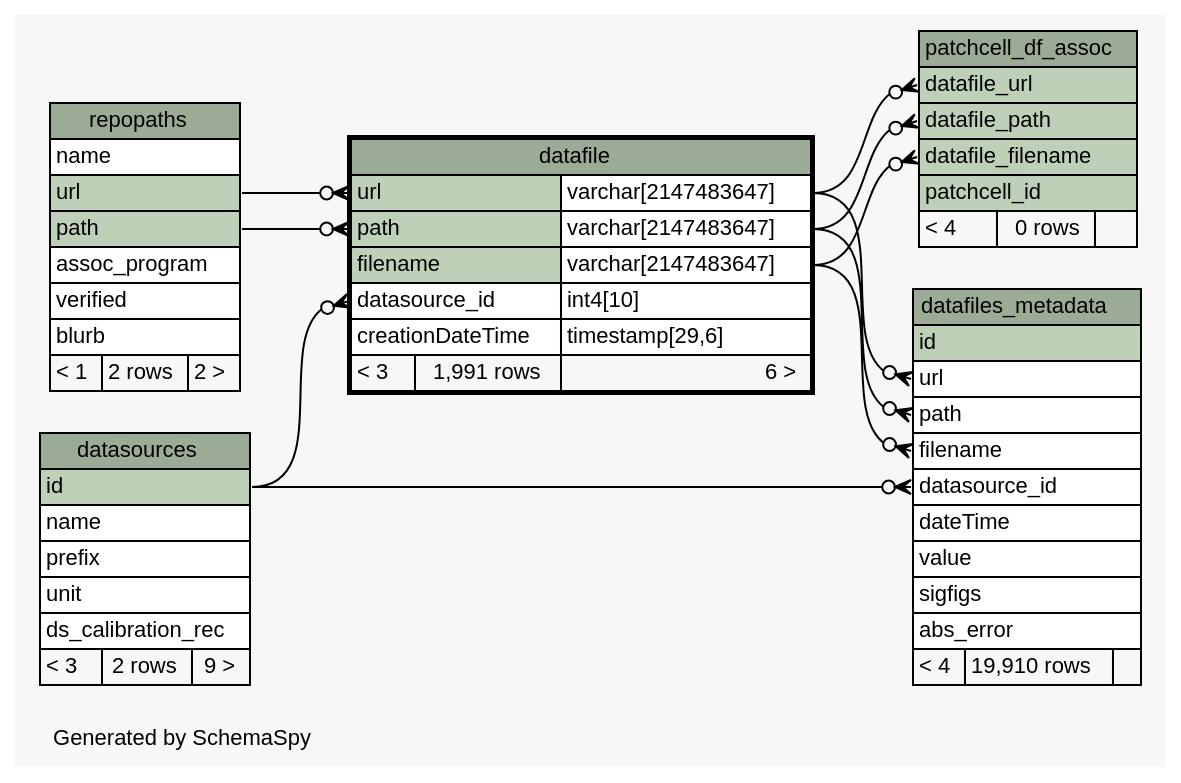
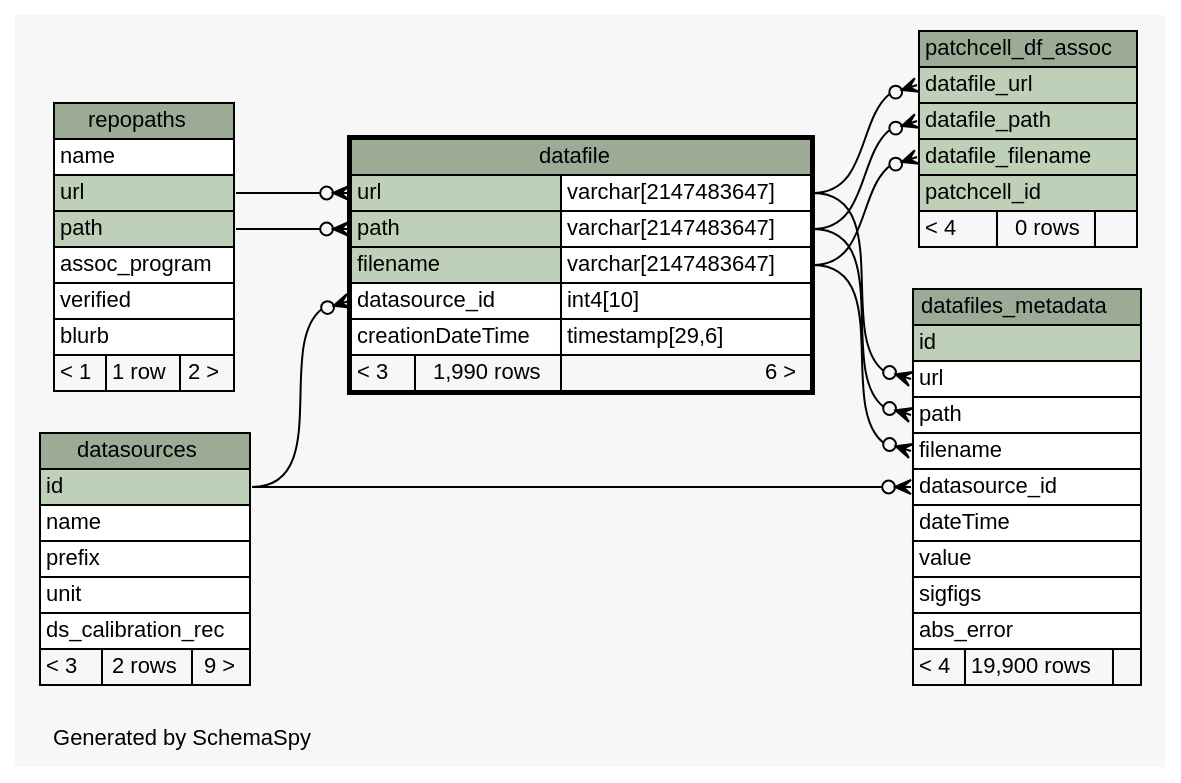
One commit to tgbugs/mlab changed the diagram in database/ss/diagrams/datafile.1degree.dot. Above: the diagram before and after it, drawn with Graphviz. The commit also changed 281 other files, not shown here.

```diff
--- a/database/ss/diagrams/datafile.1degree.dot
+++ b/database/ss/diagrams/datafile.1degree.dot
@@ -1,106 +1,106 @@
-// dot 2.34.0 on Windows 7 6.1
+// dot 2.32.0 on Windows 7 6.1
 // SchemaSpy rev 590
 digraph "oneDegreeRelationshipsDiagram" {
   graph [
     rankdir="RL"
     bgcolor="#f7f7f7"
     label="\nGenerated by SchemaSpy"
     labeljust="l"
     nodesep="0.18"
     ranksep="0.46"
     fontname="Helvetica"
     fontsize="11"
   ];
   node [
     fontname="Helvetica"
     fontsize="11"
     shape="plaintext"
   ];
   edge [
     arrowsize="0.8"
   ];
   "datafile":"datasource_id":w -> "datasources":"id":e [arrowhead=none dir=back arrowtail=crowodot];
   "datafile":"path":w -> "repopaths":"path":e [arrowhead=none dir=back arrowtail=crowodot];
   "datafile":"url":w -> "repopaths":"url":e [arrowhead=none dir=back arrowtail=crowodot];
   "datafiles_metadata":"datasource_id":w -> "datasources":"id":e [arrowhead=none dir=back arrowtail=crowodot];
   "datafiles_metadata":"filename":w -> "datafile":"filename.type":e [arrowhead=none dir=back arrowtail=crowodot];
   "datafiles_metadata":"path":w -> "datafile":"path.type":e [arrowhead=none dir=back arrowtail=crowodot];
   "datafiles_metadata":"url":w -> "datafile":"url.type":e [arrowhead=none dir=back arrowtail=crowodot];
   "patchcell_df_assoc":"datafile_filename":w -> "datafile":"filename.type":e [arrowhead=none dir=back arrowtail=crowodot];
   "patchcell_df_assoc":"datafile_path":w -> "datafile":"path.type":e [arrowhead=none dir=back arrowtail=crowodot];
   "patchcell_df_assoc":"datafile_url":w -> "datafile":"url.type":e [arrowhead=none dir=back arrowtail=crowodot];
   "datafile" [
     label=<
     <TABLE BORDER="2" CELLBORDER="1" CELLSPACING="0" BGCOLOR="#ffffff">
       <TR><TD COLSPAN="3" BGCOLOR="#9bab96" ALIGN="CENTER">datafile</TD></TR>
       <TR><TD PORT="url" COLSPAN="2" BGCOLOR="#bed1b8" ALIGN="LEFT">url</TD><TD PORT="url.type" ALIGN="LEFT">varchar[2147483647]</TD></TR>
       <TR><TD PORT="path" COLSPAN="2" BGCOLOR="#bed1b8" ALIGN="LEFT">path</TD><TD PORT="path.type" ALIGN="LEFT">varchar[2147483647]</TD></TR>
       <TR><TD PORT="filename" COLSPAN="2" BGCOLOR="#bed1b8" ALIGN="LEFT">filename</TD><TD PORT="filename.type" ALIGN="LEFT">varchar[2147483647]</TD></TR>
       <TR><TD PORT="datasource_id" COLSPAN="2" ALIGN="LEFT">datasource_id</TD><TD PORT="datasource_id.type" ALIGN="LEFT">int4[10]</TD></TR>
       <TR><TD PORT="creationDateTime" COLSPAN="2" ALIGN="LEFT">creationDateTime</TD><TD PORT="creationDateTime.type" ALIGN="LEFT">timestamp[29,6]</TD></TR>
-      <TR><TD ALIGN="LEFT" BGCOLOR="#f7f7f7">&lt; 3</TD><TD ALIGN="RIGHT" BGCOLOR="#f7f7f7">1,991 rows</TD><TD ALIGN="RIGHT" BGCOLOR="#f7f7f7">6 &gt;</TD></TR>
+      <TR><TD ALIGN="LEFT" BGCOLOR="#f7f7f7">&lt; 3</TD><TD ALIGN="RIGHT" BGCOLOR="#f7f7f7">1,990 rows</TD><TD ALIGN="RIGHT" BGCOLOR="#f7f7f7">6 &gt;</TD></TR>
     </TABLE>>
     URL="datafile.html"
     tooltip="datafile"
   ];
   "datafiles_metadata" [
     label=<
     <TABLE BORDER="0" CELLBORDER="1" CELLSPACING="0" BGCOLOR="#ffffff">
       <TR><TD COLSPAN="3" BGCOLOR="#9bab96" ALIGN="CENTER">datafiles_metadata</TD></TR>
       <TR><TD PORT="id" COLSPAN="3" BGCOLOR="#bed1b8" ALIGN="LEFT">id</TD></TR>
       <TR><TD PORT="url" COLSPAN="3" ALIGN="LEFT">url</TD></TR>
       <TR><TD PORT="path" COLSPAN="3" ALIGN="LEFT">path</TD></TR>
       <TR><TD PORT="filename" COLSPAN="3" ALIGN="LEFT">filename</TD></TR>
       <TR><TD PORT="datasource_id" COLSPAN="3" ALIGN="LEFT">datasource_id</TD></TR>
       <TR><TD PORT="dateTime" COLSPAN="3" ALIGN="LEFT">dateTime</TD></TR>
       <TR><TD PORT="value" COLSPAN="3" ALIGN="LEFT">value</TD></TR>
       <TR><TD PORT="sigfigs" COLSPAN="3" ALIGN="LEFT">sigfigs</TD></TR>
       <TR><TD PORT="abs_error" COLSPAN="3" ALIGN="LEFT">abs_error</TD></TR>
-      <TR><TD ALIGN="LEFT" BGCOLOR="#f7f7f7">&lt; 4</TD><TD ALIGN="RIGHT" BGCOLOR="#f7f7f7">19,910 rows</TD><TD ALIGN="RIGHT" BGCOLOR="#f7f7f7">  </TD></TR>
+      <TR><TD ALIGN="LEFT" BGCOLOR="#f7f7f7">&lt; 4</TD><TD ALIGN="RIGHT" BGCOLOR="#f7f7f7">19,900 rows</TD><TD ALIGN="RIGHT" BGCOLOR="#f7f7f7">  </TD></TR>
     </TABLE>>
     URL="datafiles_metadata.html"
     tooltip="datafiles_metadata"
   ];
   "datasources" [
     label=<
     <TABLE BORDER="0" CELLBORDER="1" CELLSPACING="0" BGCOLOR="#ffffff">
       <TR><TD COLSPAN="3" BGCOLOR="#9bab96" ALIGN="CENTER">datasources</TD></TR>
       <TR><TD PORT="id" COLSPAN="3" BGCOLOR="#bed1b8" ALIGN="LEFT">id</TD></TR>
       <TR><TD PORT="name" COLSPAN="3" ALIGN="LEFT">name</TD></TR>
       <TR><TD PORT="prefix" COLSPAN="3" ALIGN="LEFT">prefix</TD></TR>
       <TR><TD PORT="unit" COLSPAN="3" ALIGN="LEFT">unit</TD></TR>
       <TR><TD PORT="ds_calibration_rec" COLSPAN="3" ALIGN="LEFT">ds_calibration_rec</TD></TR>
       <TR><TD ALIGN="LEFT" BGCOLOR="#f7f7f7">&lt; 3</TD><TD ALIGN="RIGHT" BGCOLOR="#f7f7f7">2 rows</TD><TD ALIGN="RIGHT" BGCOLOR="#f7f7f7">9 &gt;</TD></TR>
     </TABLE>>
     URL="datasources.html"
     tooltip="datasources"
   ];
   "patchcell_df_assoc" [
     label=<
     <TABLE BORDER="0" CELLBORDER="1" CELLSPACING="0" BGCOLOR="#ffffff">
       <TR><TD COLSPAN="3" BGCOLOR="#9bab96" ALIGN="CENTER">patchcell_df_assoc</TD></TR>
       <TR><TD PORT="datafile_url" COLSPAN="3" BGCOLOR="#bed1b8" ALIGN="LEFT">datafile_url</TD></TR>
       <TR><TD PORT="datafile_path" COLSPAN="3" BGCOLOR="#bed1b8" ALIGN="LEFT">datafile_path</TD></TR>
       <TR><TD PORT="datafile_filename" COLSPAN="3" BGCOLOR="#bed1b8" ALIGN="LEFT">datafile_filename</TD></TR>
       <TR><TD PORT="patchcell_id" COLSPAN="3" BGCOLOR="#bed1b8" ALIGN="LEFT">patchcell_id</TD></TR>
       <TR><TD ALIGN="LEFT" BGCOLOR="#f7f7f7">&lt; 4</TD><TD ALIGN="RIGHT" BGCOLOR="#f7f7f7">0 rows</TD><TD ALIGN="RIGHT" BGCOLOR="#f7f7f7">  </TD></TR>
     </TABLE>>
     URL="patchcell_df_assoc.html"
     tooltip="patchcell_df_assoc"
   ];
   "repopaths" [
     label=<
     <TABLE BORDER="0" CELLBORDER="1" CELLSPACING="0" BGCOLOR="#ffffff">
       <TR><TD COLSPAN="3" BGCOLOR="#9bab96" ALIGN="CENTER">repopaths</TD></TR>
       <TR><TD PORT="name" COLSPAN="3" ALIGN="LEFT">name</TD></TR>
       <TR><TD PORT="url" COLSPAN="3" BGCOLOR="#bed1b8" ALIGN="LEFT">url</TD></TR>
       <TR><TD PORT="path" COLSPAN="3" BGCOLOR="#bed1b8" ALIGN="LEFT">path</TD></TR>
       <TR><TD PORT="assoc_program" COLSPAN="3" ALIGN="LEFT">assoc_program</TD></TR>
       <TR><TD PORT="verified" COLSPAN="3" ALIGN="LEFT">verified</TD></TR>
       <TR><TD PORT="blurb" COLSPAN="3" ALIGN="LEFT">blurb</TD></TR>
-      <TR><TD ALIGN="LEFT" BGCOLOR="#f7f7f7">&lt; 1</TD><TD ALIGN="RIGHT" BGCOLOR="#f7f7f7">2 rows</TD><TD ALIGN="RIGHT" BGCOLOR="#f7f7f7">2 &gt;</TD></TR>
+      <TR><TD ALIGN="LEFT" BGCOLOR="#f7f7f7">&lt; 1</TD><TD ALIGN="RIGHT" BGCOLOR="#f7f7f7">1 row</TD><TD ALIGN="RIGHT" BGCOLOR="#f7f7f7">2 &gt;</TD></TR>
     </TABLE>>
     URL="repopaths.html"
     tooltip="repopaths"
   ];
 }
```
